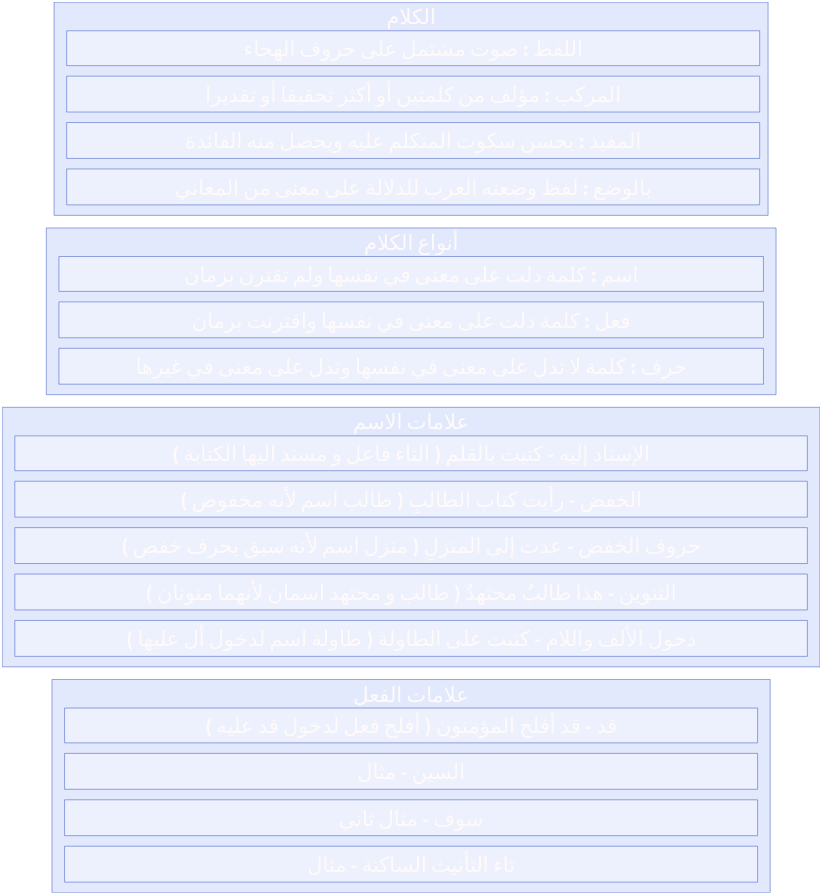
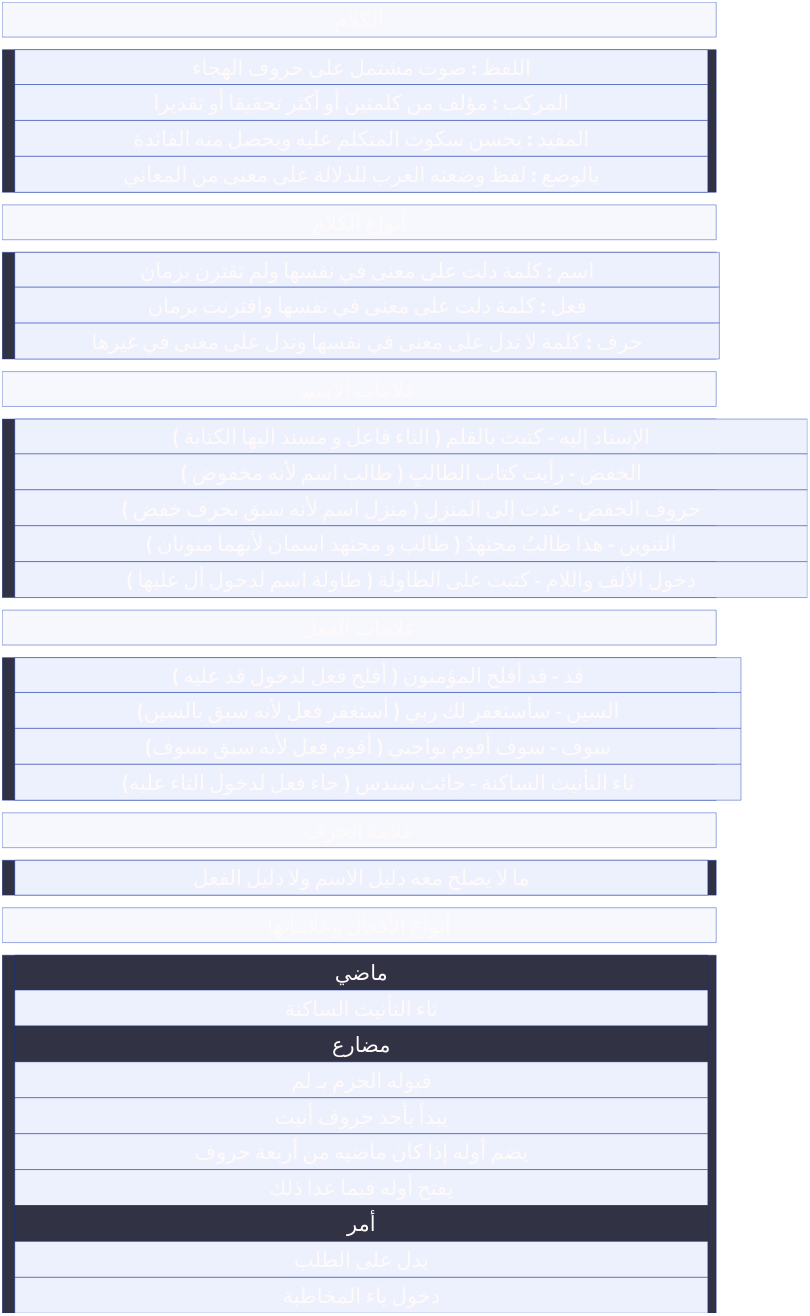
Before and after one commit to sanabel-al-firdaws/sanabel-al-firdaws.github.io: the diagram in .diagrams/الآجرومية.d2, drawn with D2. The commit also changed 1 other file, not shown here.

```diff
--- a/.diagrams/الآجرومية.d2
+++ b/.diagrams/الآجرومية.d2
@@ -1,48 +1,93 @@
-
 direction: left
 
 **: {
-    style.font-size: 100
-    vertical-gap: 50
-    style.font-color: "#fffafa"
-} 
+  style.font-size: 100
+  vertical-gap: 0
+  style.font-color: "#fffafa"
+}
+body*: {width: 3400}
+grid*: {width: 3400}
 
+body: "الكلام"
+grid: "" {
+  grid-columns: 1
 
-  
-الكلام  {
-    grid-columns: 1
-    width: 3400
-  اللفظ \: صوت مشتمل على حروف الهجاء :{width: 3300}
+  اللفظ \: صوت مشتمل على حروف الهجاء  :{width: 3300}
   المركب \: مؤلف من كلمتين أو أكثر تحقيقا أو تقديرا
   المفيد \: يحسن سكوت المتكلم عليه ويحصل منه الفائدة
   بالوضع  \: لفظ وضعته العرب للدلالة على معنى من المعاني
-} 
-أنواع الكلام  {
-    grid-columns: 1 
-     
-   اسم \: كلمة دلت على معنى في نفسها ولم تقترن بزمان :{width: 3300} 
- 
-   فعل \: كلمة دلت على معنى في نفسها واقترنت بزمان 
-
-   حرف \: كلمة لا تدل على معنى في نفسها وتدل على معنى في غيرها
-
-}
-علامات الاسم: {
-    grid-columns: 1
-     
- الإسناد إليه - كتبت بالقلم  ( التاء فاعل و مسند اليها الكتابة ) :{width: 3300}
- الخفض - رأيت كتاب الطالبِ ( طالب اسم لأنه مخفوض ) 
- حروف الخفض - عدت إلى المنزلِ ( منزل اسم لأنه سبق بحرف خفض ) 
- التنوين - هذا طالبٌ مجتهدٌ ( طالب و مجتهد اسمان لأنهما منونان ) 
- دخول الألف واللام - كتبت على الطاولة ( طاولة اسم لدخول أل عليها ) 
 }
 
-علامات الفعل : {
-    grid-columns: 1
-    
-    
-     قد - قد أفلح المؤمنون  ( أفلح فعل لدخول قد عليه ) :{width: 3300}
-     السين - مثال 
-     سوف - مثال ثاني
-    تاء التأنيث الساكنة - مثال
+body1: "أنواع الكلام"
+grid1: "" {
+  grid-columns: 1
+
+  اسم \: كلمة دلت على معنى في نفسها ولم تقترن بزمان: {width: 3300}
+  فعل \: كلمة دلت على معنى في نفسها واقترنت بزمان
+  حرف \: كلمة لا تدل على معنى في نفسها وتدل على معنى في غيرها
+}
+
+body2: "علامات الاسم"
+grid2: "" {
+  grid-columns: 1
+
+  الإسناد إليه - كتبت بالقلم  ( التاء فاعل و مسند اليها الكتابة ): {width: 3300}
+  الخفض - رأيت كتاب الطالبِ ( طالب اسم لأنه مخفوض )
+  حروف الخفض - عدت إلى المنزلِ ( منزل اسم لأنه سبق بحرف خفض )
+  التنوين - هذا طالبٌ مجتهدٌ ( طالب و مجتهد اسمان لأنهما منونان )
+  دخول الألف واللام - كتبت على الطاولة ( طاولة اسم لدخول أل عليها )
+}
+
+body3: "علامات الفعل"
+grid3: "" {
+  grid-columns: 1
+
+  قد - قد أفلح المؤمنون  ( أفلح فعل لدخول قد عليه ) : {width: 3300}
+  السين - سأستغفر لك ربي ( أستغفر فعل لأنه سبق بالسين)
+  سوف - سوف أفوم بواجبي ( أقوم فعل لأنه سبق بسوف)
+  تاء التأنيث الساكنة - جائت سندس ( جاء فعل لدخول التاء عليه)
+}
+
+body4: "علامة الحرف"
+grid4: "" {
+  grid-columns: 1
+  ما لا يصلح معه دليل الاسم ولا دليل الفعل: {width: 3300}
+}
+
+body5: "أنواع الأفعال وعلاماتها"
+grid5: "" {
+  grid-columns: 1
+  ماضي: {width: 3300; style.fill: "#313244"}
+  تاء  التأنيث الساكنة
+  مضارع :{style.fill: "#313244"}
+  قبوله الجزم بـ لم
+  يبدأ بأحد حروف أنيت
+  يضم أوله إذا كان ماضيه من أربعة حروف
+  يفتح أوله فيما عدا ذلك
+
+  أمر :{style.fill: "#313244"}
+  يدل على الطلب
+  دخول ياء المخاطبة
+}
+
+
+# N1: "#CDD6F4",
+# N2: "#BAC2DE",
+# N3: "#A6ADC8",
+# N4: "#585B70",
+# N5: "#45475A",
+# N6: "#313244",
+# N7: "#1E1E2E",
+
+
+vars: {
+    d2-config: {
+      theme-overrides: {
+
+        # B2: "#66BB6A"
+        # B3: "#A5D6A7"
+        B4: "#313244"
+
+      }
     }
+  }
```
